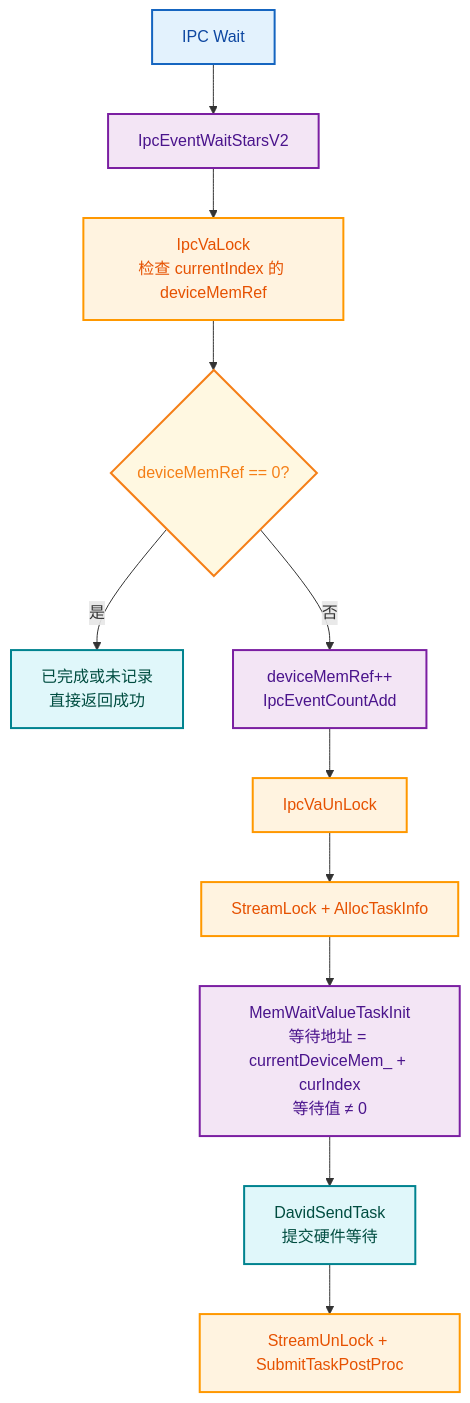
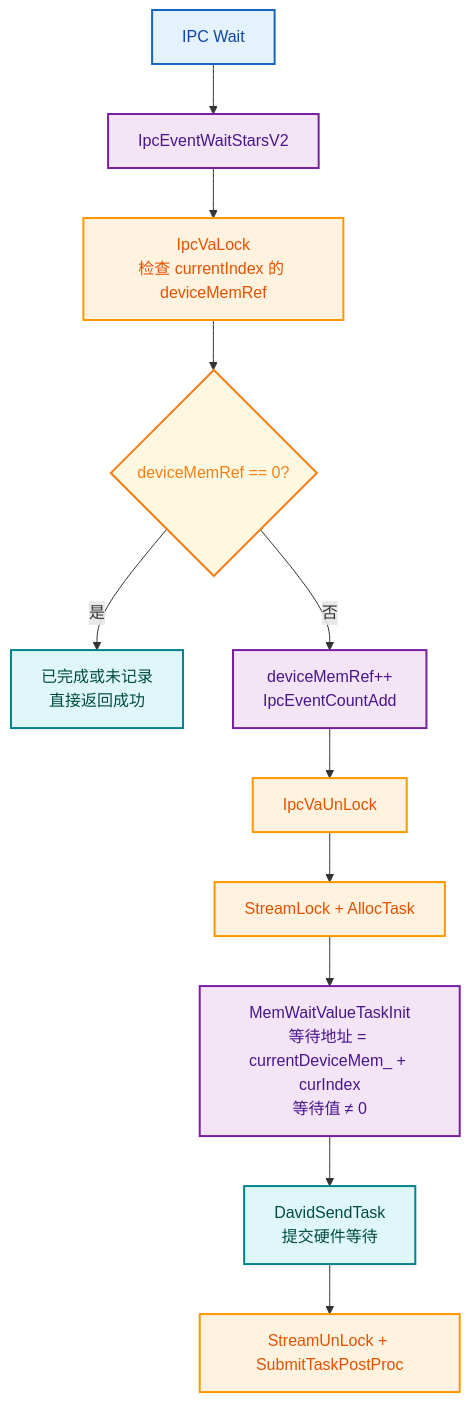
The sixth of 11 diagrams in docs/zh/design/modules/event/event.md (hicann/runtime), drawn with Mermaid before and after one commit. The commit also changed other lines of this file and 6 other files, not shown here.

````diff
--- a/docs/zh/design/modules/event/event.md
+++ b/docs/zh/design/modules/event/event.md
@@ -279,21 +279,21 @@
 ```mermaid
 
 flowchart TD
     classDef userStyle fill:#E3F2FD,stroke:#1565C0,stroke-width:2px,color:#0D47A1
     classDef lockStyle fill:#FFF3E0,stroke:#FF9800,stroke-width:2px,color:#E65100
     classDef ipcStyle fill:#F3E5F5,stroke:#7B1FA2,stroke-width:2px,color:#4A148C
     classDef decisionStyle fill:#FFF8E1,stroke:#F57F17,stroke-width:2px,color:#F57F17
     classDef successStyle fill:#E0F7FA,stroke:#00838F,stroke-width:2px,color:#004D40
 
     A["IPC Wait"]:::userStyle --> B["IpcEventWaitStarsV2"]:::ipcStyle
     B --> C["IpcVaLock<br/>检查 currentIndex 的 deviceMemRef"]:::lockStyle
     C --> D{"deviceMemRef == 0?"}:::decisionStyle
     D -->|是| E["已完成或未记录<br/>直接返回成功"]:::successStyle
     D -->|否| F["deviceMemRef++<br/>IpcEventCountAdd"]:::ipcStyle
     F --> G["IpcVaUnLock"]:::lockStyle
-    G --> H["StreamLock + AllocTaskInfo"]:::lockStyle
+    G --> H["StreamLock + AllocTask"]:::lockStyle
     H --> I["MemWaitValueTaskInit<br/>等待地址 = currentDeviceMem_ + curIndex<br/>等待值 ≠ 0"]:::ipcStyle
     I --> J["DavidSendTask<br/>提交硬件等待"]:::successStyle
     J --> K["StreamUnLock + SubmitTaskPostProc"]:::lockStyle
 
 ```
````
